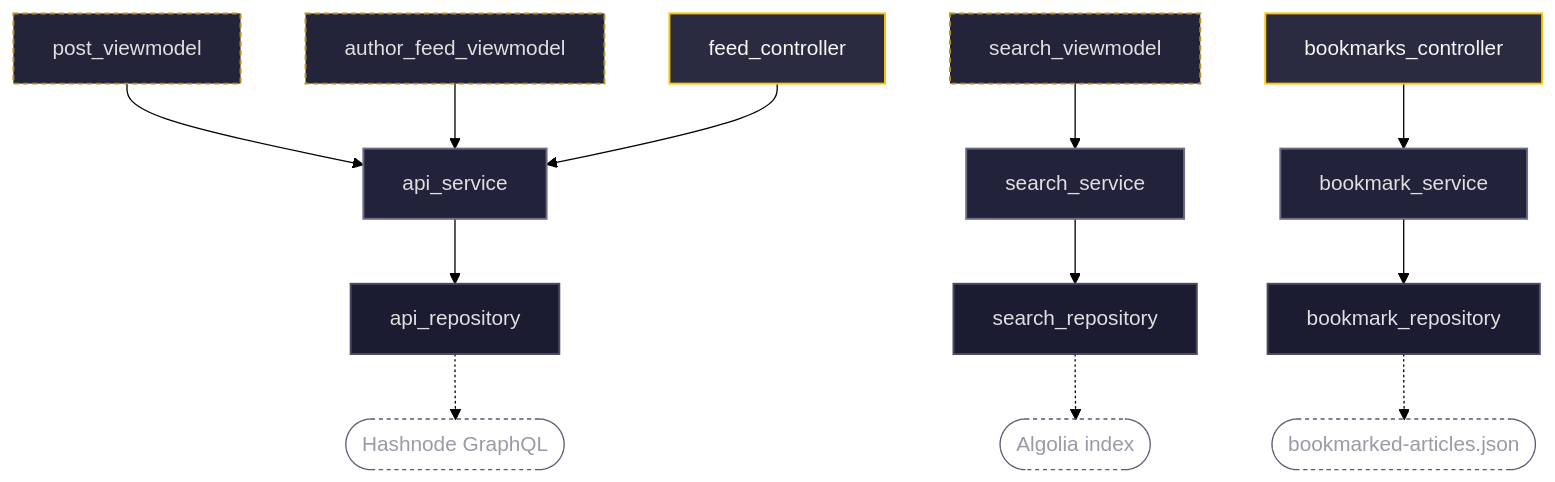
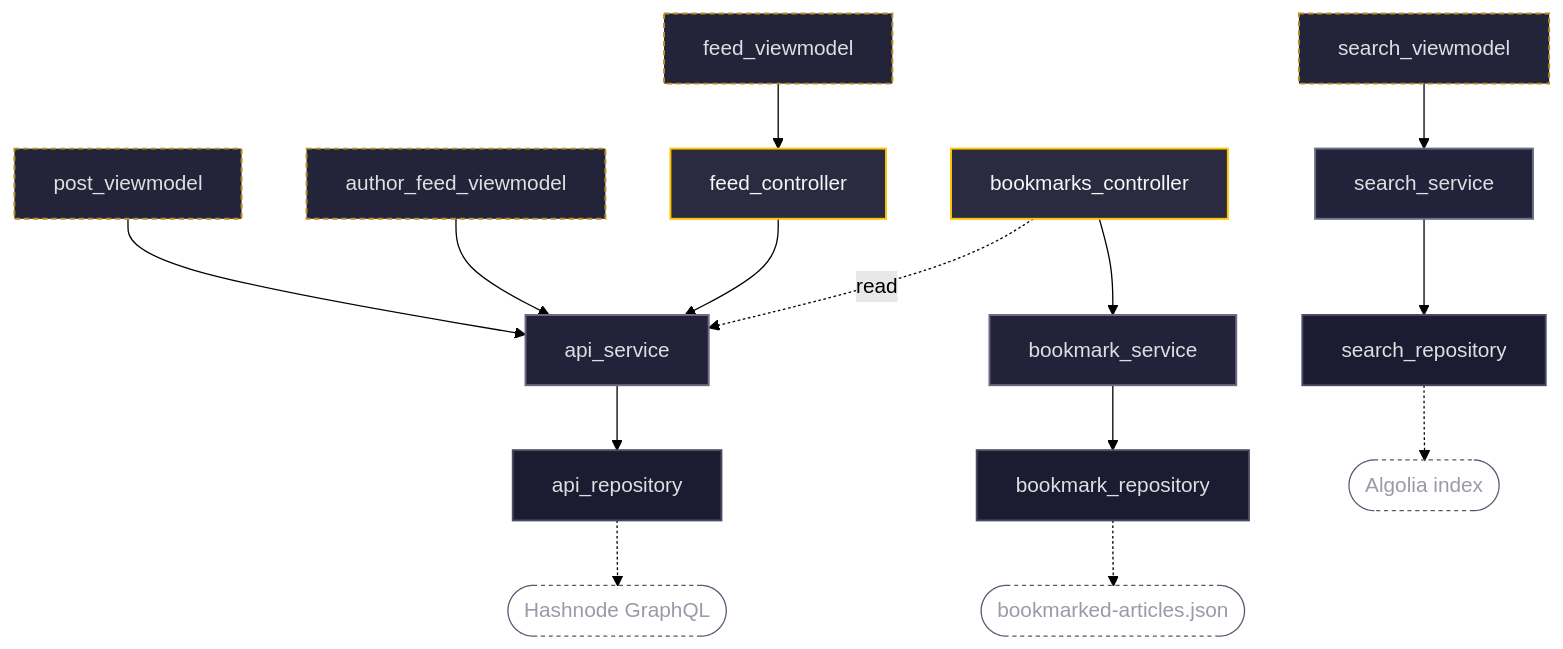
One commit to freeCodeCamp/mobile changed the third of 7 diagrams in docs/LAYER_MAP.md. Above: the diagram before and after it, drawn with Mermaid (forest theme). The commit also changed other lines of this file and 43 other files, not shown here.

Commit message:
fix: align news state and persistence with app architecture

````diff
--- a/docs/LAYER_MAP.md
+++ b/docs/LAYER_MAP.md
@@ -122,40 +122,43 @@
 ```mermaid
 flowchart TD
   PVM["post_viewmodel"]:::vm
   AVM["author_feed_viewmodel"]:::vm
   SVM["search_viewmodel"]:::vm
+  FVM["feed_viewmodel"]:::vm
   FEED["feed_controller"]:::ctrl
   BOOK["bookmarks_controller"]:::ctrl
 
   APIS["api_service"]:::svc
   BMS["bookmark_service"]:::svc
   SRS["search_service"]:::svc
 
   APIR["api_repository"]:::repo
   BMR["bookmark_repository"]:::repo
   SRR["search_repository"]:::repo
 
   SRC1(["Hashnode GraphQL"]):::ext
   SRC2(["bookmarked-articles.json"]):::ext
   SRC3(["Algolia index"]):::ext
 
   PVM --> APIS
   AVM --> APIS
   FEED --> APIS
   SVM --> SRS
+  FVM --> FEED
   BOOK --> BMS
+  BOOK -.->|read| APIS
 
   APIS --> APIR
   BMS --> BMR
   SRS --> SRR
 
   APIR -.-> SRC1
   BMR -.-> SRC2
   SRR -.-> SRC3
 
   classDef ctrl fill:#2A2A40,stroke:#FFC300,stroke-width:1.5px,color:#F5F6F7
   classDef vm fill:#23233a,stroke:#B98F1F,stroke-width:1.5px,stroke-dasharray:4 3,color:#DFDFE2
   classDef svc fill:#22223a,stroke:#6B6B85,stroke-width:1.5px,color:#DFDFE2
   classDef repo fill:#1B1B32,stroke:#4A4A63,stroke-width:1.5px,color:#DFDFE2
   classDef ext fill:transparent,stroke:#585870,stroke-width:1px,stroke-dasharray:3 3,color:#9A9AA8
 ```
````
